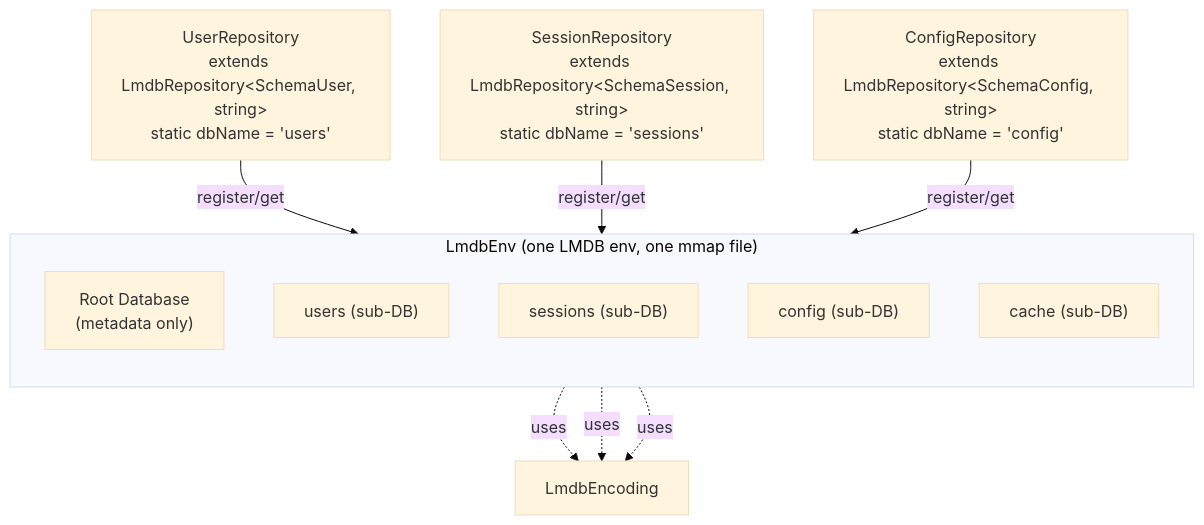
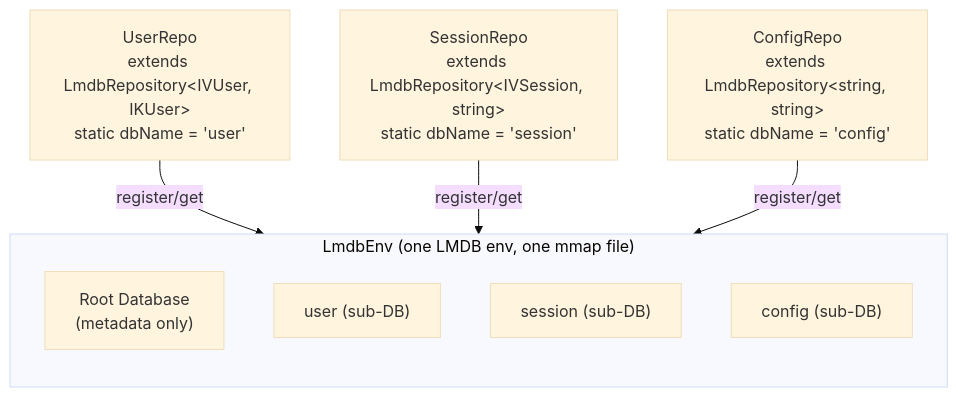
The first of 3 diagrams in packages/lmdb/README.md (gramstax/gramstax), drawn with Mermaid (base theme) before and after one commit. The commit also changed other lines of this file, not shown here.

First line of the commit message:
docs(lmdb): rewrite README with Db extends LmdbEnv pattern and production best practices

````diff
--- a/packages/lmdb/README.md
+++ b/packages/lmdb/README.md
@@ -80,23 +100,18 @@
 ```mermaid
 flowchart TB
     subgraph Env["LmdbEnv (one LMDB env, one mmap file)"]
         direction TB
         Root["Root Database<br/>(metadata only)"]
-        Users["users (sub-DB)"]
-        Sessions["sessions (sub-DB)"]
+        Users["user (sub-DB)"]
+        Sessions["session (sub-DB)"]
         Config["config (sub-DB)"]
-        Cache["cache (sub-DB)"]
     end
 
-    UserRepo["UserRepository<br/>extends LmdbRepository&lt;SchemaUser, string&gt;<br/>static dbName = 'users'"]
-    SessionRepo["SessionRepository<br/>extends LmdbRepository&lt;SchemaSession, string&gt;<br/>static dbName = 'sessions'"]
-    ConfigRepo["ConfigRepository<br/>extends LmdbRepository&lt;SchemaConfig, string&gt;<br/>static dbName = 'config'"]
+    UserRepo["UserRepo<br/>extends LmdbRepository&lt;IVUser, IKUser&gt;<br/>static dbName = 'user'"]
+    SessionRepo["SessionRepo<br/>extends LmdbRepository&lt;IVSession, string&gt;<br/>static dbName = 'session'"]
+    ConfigRepo["ConfigRepo<br/>extends LmdbRepository&lt;string, string&gt;<br/>static dbName = 'config'"]
 
     UserRepo -->|register/get| Users
     SessionRepo -->|register/get| Sessions
     ConfigRepo -->|register/get| Config
-
-    Users -.uses.-> LmdbEncoding
-    Sessions -.uses.-> LmdbEncoding
-    Config -.uses.-> LmdbEncoding
 ```
````
